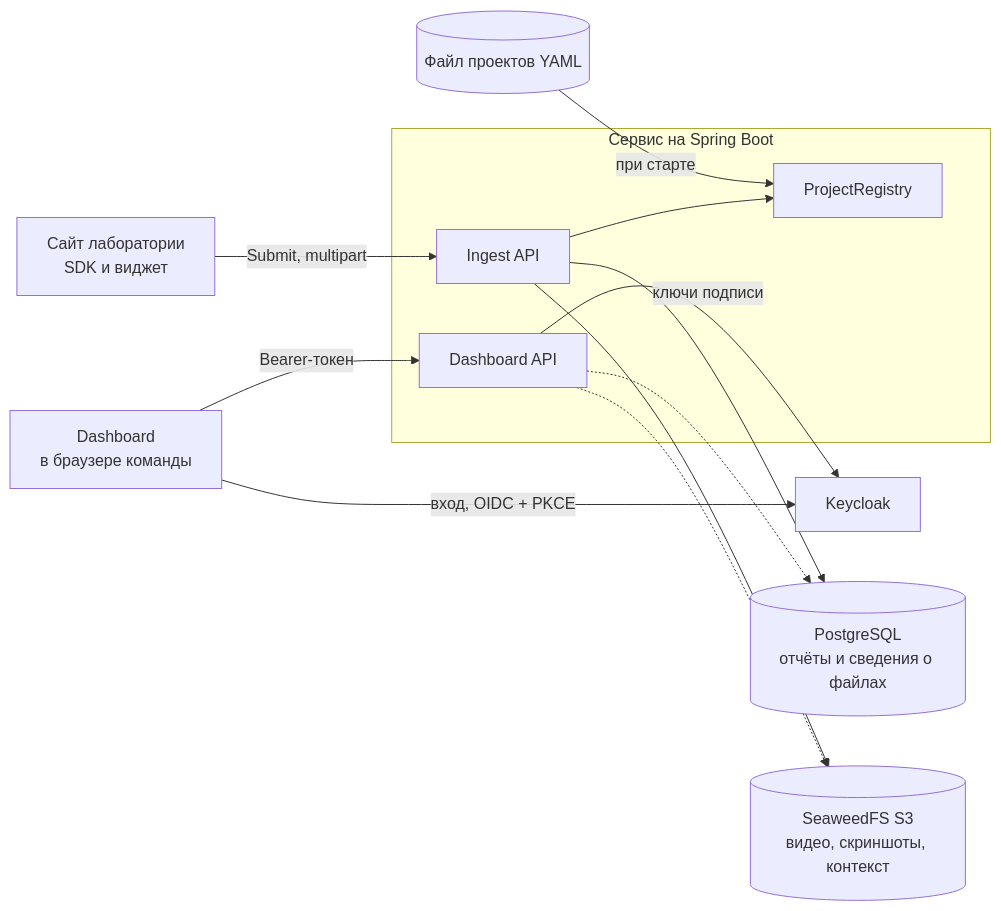
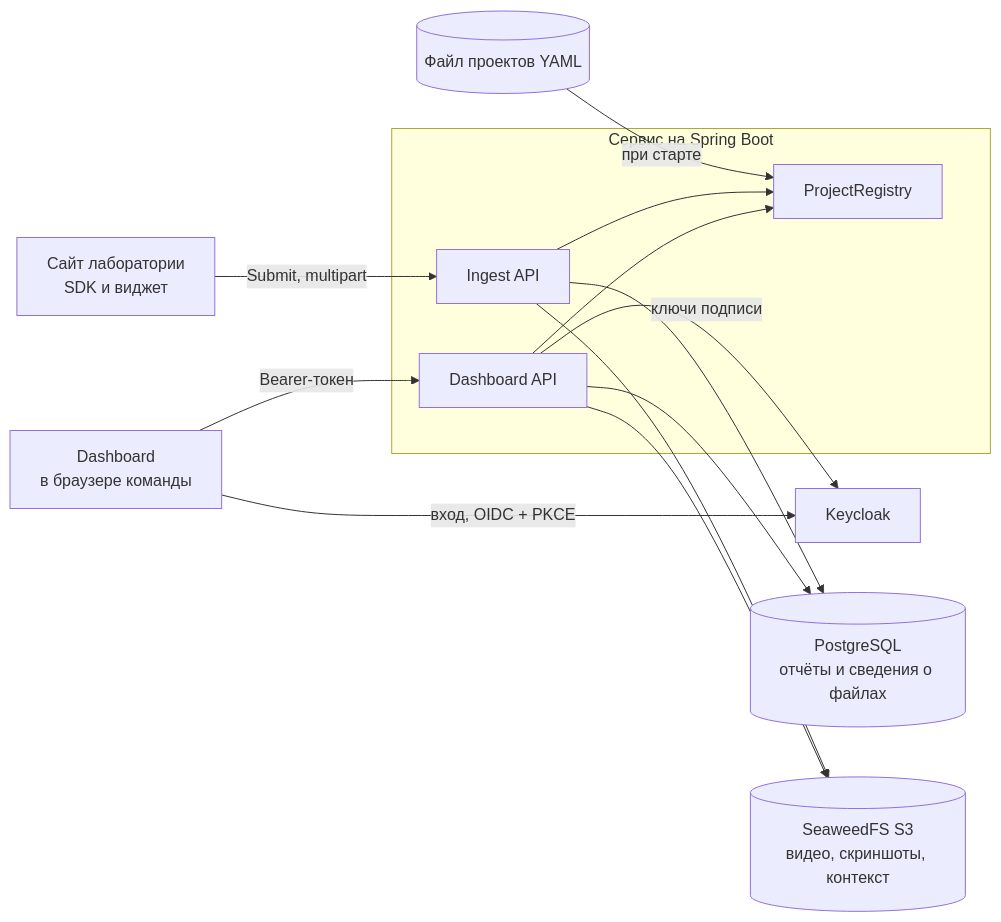
One commit to alikhan-kai/lab-bug-reporter changed the diagram in docs/architecture.md. Above: the diagram before and after it, drawn with Mermaid. The commit also changed other lines of this file and 2 other files, not shown here.

Commit message:
docs: describe the dashboard reports API and update the roadmap

````diff
--- a/docs/architecture.md
+++ b/docs/architecture.md
@@ -10,20 +10,21 @@
 ```mermaid
 flowchart LR
     site["Сайт лаборатории<br/>SDK и виджет"] -->|Submit, multipart| ingest
     team["Dashboard<br/>в браузере команды"] -->|Bearer-токен| api
     team -->|вход, OIDC + PKCE| kc[Keycloak]
     api -->|ключи подписи| kc
 
     subgraph service[Сервис на Spring Boot]
         ingest[Ingest API]
         api[Dashboard API]
         registry[ProjectRegistry]
     end
 
     file[(Файл проектов YAML)] -->|при старте| registry
     ingest --> registry
     ingest --> db[(PostgreSQL<br/>отчёты и сведения о файлах)]
     ingest --> s3[(SeaweedFS S3<br/>видео, скриншоты, контекст)]
-    api -.-> db
-    api -.-> s3
+    api --> registry
+    api --> db
+    api --> s3
 ```
````
